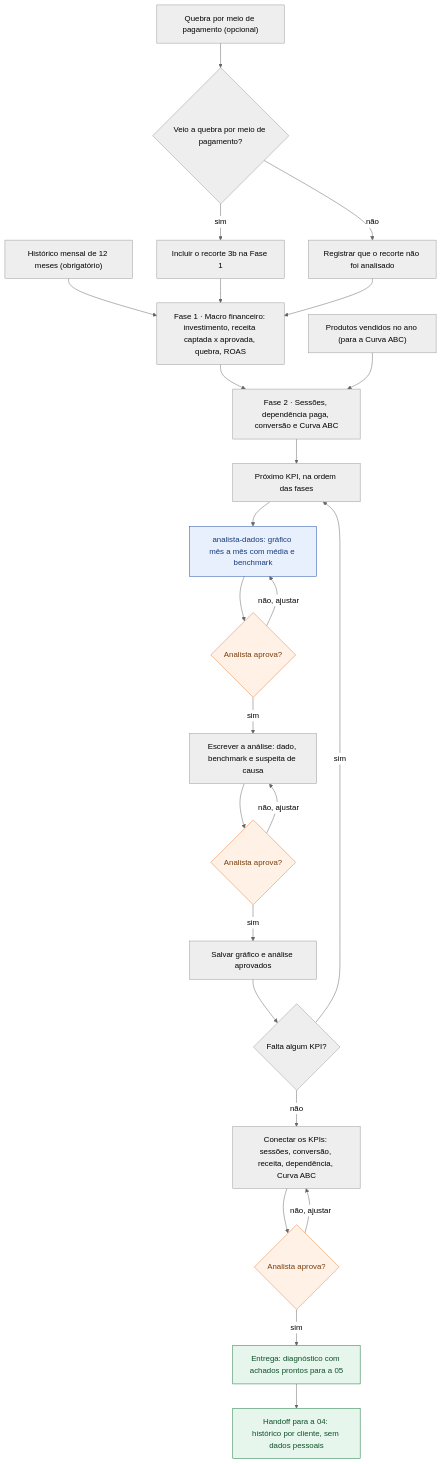
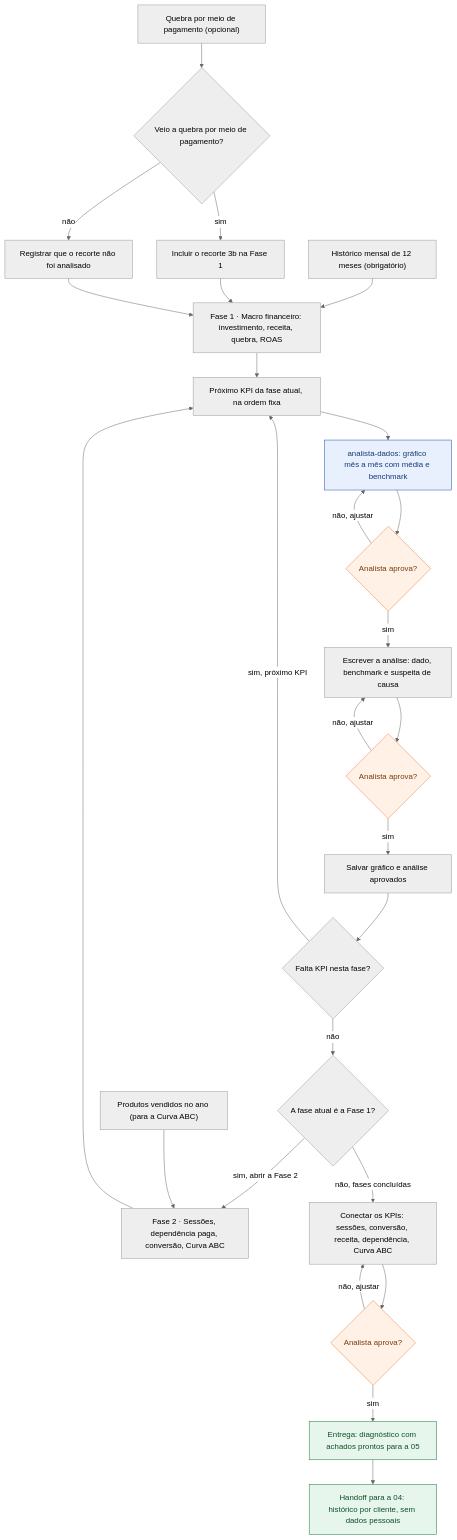
One commit to MatheusBoomer/growth-cycle-boomer changed the diagram in .claude/skills/03-diagnostico-performance/fluxo.mmd. Above: the diagram before and after it, drawn with Mermaid (neutral theme). The commit also changed 9 other files, not shown here.

```diff
--- a/.claude/skills/03-diagnostico-performance/fluxo.mmd
+++ b/.claude/skills/03-diagnostico-performance/fluxo.mmd
@@ -1,51 +1,54 @@
 flowchart TD
   I1["Histórico mensal de 12 meses (obrigatório)"]
   I2["Produtos vendidos no ano (para a Curva ABC)"]
   I3["Quebra por meio de pagamento (opcional)"]
   D1{"Veio a quebra por meio de pagamento?"}
   Q1["Incluir o recorte 3b na Fase 1"]
   Q2["Registrar que o recorte não foi analisado"]
-  F1["Fase 1 · Macro financeiro: investimento, receita captada x aprovada, quebra, ROAS"]
-  F2["Fase 2 · Sessões, dependência paga, conversão e Curva ABC"]
-  K1["Próximo KPI, na ordem das fases"]
+  F1["Fase 1 · Macro financeiro: investimento, receita, quebra, ROAS"]
+  F2["Fase 2 · Sessões, dependência paga, conversão, Curva ABC"]
+  K1["Próximo KPI da fase atual, na ordem fixa"]
   S1["analista-dados: gráfico mês a mês com média e benchmark"]
   C1{"Analista aprova?"}
   A1["Escrever a análise: dado, benchmark e suspeita de causa"]
   C2{"Analista aprova?"}
   G1["Salvar gráfico e análise aprovados"]
-  D2{"Falta algum KPI?"}
+  D2{"Falta KPI nesta fase?"}
+  D3{"A fase atual é a Fase 1?"}
   P1["Conectar os KPIs: sessões, conversão, receita, dependência, Curva ABC"]
   C3{"Analista aprova?"}
   E1["Entrega: diagnóstico com achados prontos para a 05"]
   H1["Handoff para a 04: histórico por cliente, sem dados pessoais"]
 
   I3 --> D1
   D1 -->|"sim"| Q1
   D1 -->|"não"| Q2
   I1 --> F1
   Q1 --> F1
   Q2 --> F1
-  F1 --> F2
-  I2 --> F2
-  F2 --> K1
+  F1 --> K1
   K1 --> S1
   S1 --> C1
   C1 -->|"sim"| A1
   C1 -->|"não, ajustar"| S1
   A1 --> C2
   C2 -->|"sim"| G1
   C2 -->|"não, ajustar"| A1
   G1 --> D2
-  D2 -->|"sim"| K1
-  D2 -->|"não"| P1
+  D2 -->|"sim, próximo KPI"| K1
+  D2 -->|"não"| D3
+  D3 -->|"sim, abrir a Fase 2"| F2
+  I2 --> F2
+  F2 --> K1
+  D3 -->|"não, fases concluídas"| P1
   P1 --> C3
   C3 -->|"sim"| E1
   C3 -->|"não, ajustar"| P1
   E1 --> H1
 
   class C1,C2,C3 checkpoint
   class S1 subagente
   class E1,H1 entrega
   classDef checkpoint fill:#fff1e6,stroke:#e8803a,color:#7a3d0c
   classDef subagente fill:#e8f0fd,stroke:#1f4fa8,color:#173a7a
   classDef entrega fill:#e6f6ec,stroke:#16743b,color:#0f4f28
```
